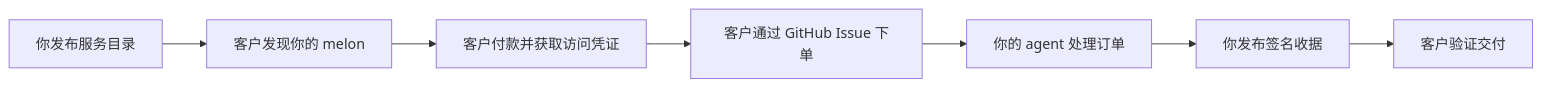
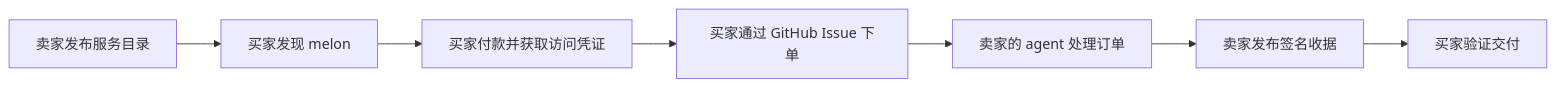
Before and after one commit to imjszhang/js-creamlon: the diagram in README.zh-CN.md, drawn with Mermaid. The commit also changed other lines of this file and 4 other files, not shown here.

````diff
--- a/README.zh-CN.md
+++ b/README.zh-CN.md
@@ -40,9 +51,9 @@
 ```mermaid
 flowchart LR
-  Publish["你发布服务目录"] --> Discover["客户发现你的 melon"]
-  Discover --> Pay["客户付款并获取访问凭证"]
-  Pay --> Order["客户通过 GitHub Issue 下单"]
-  Order --> Work["你的 agent 处理订单"]
-  Work --> Receipt["你发布签名收据"]
-  Receipt --> Verify["客户验证交付"]
+  Publish["卖家发布服务目录"] --> Discover["买家发现 melon"]
+  Discover --> Pay["买家付款并获取访问凭证"]
+  Pay --> Order["买家通过 GitHub Issue 下单"]
+  Order --> Work["卖家的 agent 处理订单"]
+  Work --> Receipt["卖家发布签名收据"]
+  Receipt --> Verify["买家验证交付"]
 ```
````
